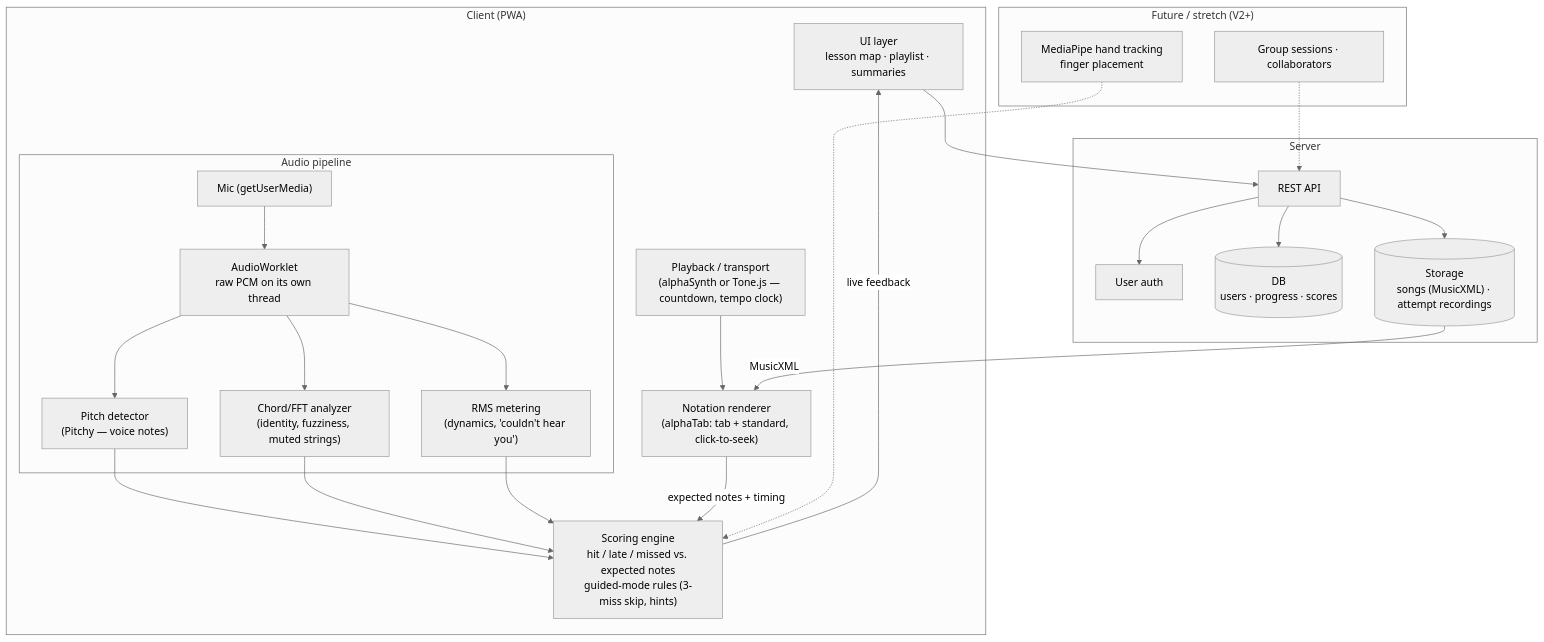
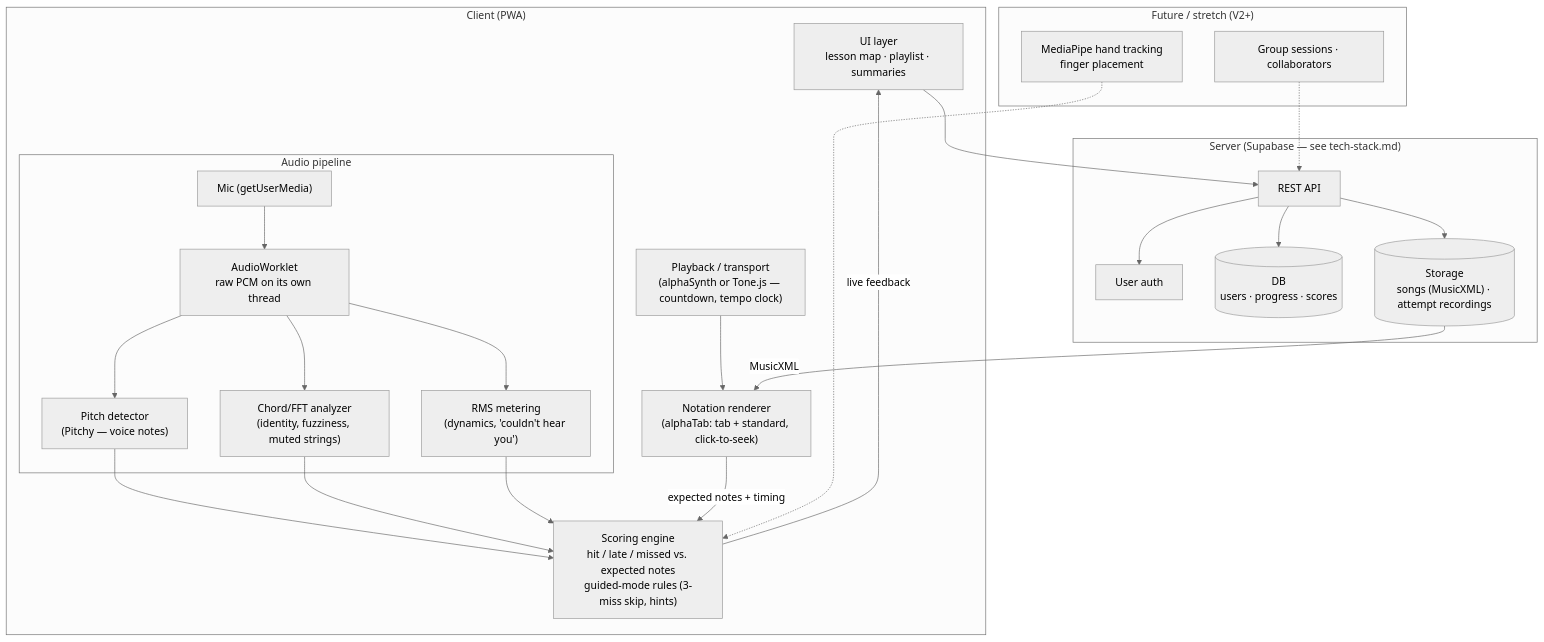
One commit to Harmonic-416/specifications changed the diagram in 3-architecture/rough-architecture.md. Above: the diagram before and after it, drawn with Mermaid (neutral theme). The commit also changed other lines of this file and 5 other files, not shown here.

First line of the commit message:
Merge architecture doc pairs: -2 revisions become canonical

````diff
--- a/3-architecture/rough-architecture.md
+++ b/3-architecture/rough-architecture.md
@@ -6,42 +4,37 @@
 ```mermaid
 flowchart TB
     subgraph Client["Client (PWA)"]
         UI["UI layer<br/>lesson map · playlist · summaries"]
         Notation["Notation renderer<br/>(alphaTab: tab + standard, click-to-seek)"]
         Playback["Playback / transport<br/>(alphaSynth or Tone.js — countdown, tempo clock)"]
-
         subgraph AudioPipe["Audio pipeline"]
             Mic["Mic (getUserMedia)"]
             Worklet["AudioWorklet<br/>raw PCM on its own thread"]
             Pitch["Pitch detector<br/>(Pitchy — voice notes)"]
             Chord["Chord/FFT analyzer<br/>(identity, fuzziness, muted strings)"]
             Volume["RMS metering<br/>(dynamics, 'couldn't hear you')"]
         end
-
         Scoring["Scoring engine<br/>hit / late / missed vs. expected notes<br/>guided-mode rules (3-miss skip, hints)"]
     end
-
-    subgraph Server["Server"]
+    subgraph Server["Server (Supabase — see tech-stack.md)"]
         Auth["User auth"]
         API["REST API"]
         DB[("DB<br/>users · progress · scores")]
         Files[("Storage<br/>songs (MusicXML) · attempt recordings")]
     end
-
     subgraph Future["Future / stretch (V2+)"]
         CV["MediaPipe hand tracking<br/>finger placement"]
         Groups["Group sessions · collaborators"]
     end
-
     Mic --> Worklet
     Worklet --> Pitch & Chord & Volume
     Pitch & Chord & Volume --> Scoring
     Notation -- "expected notes + timing" --> Scoring
     Scoring -- "live feedback" --> UI
     Playback --> Notation
     UI --> API
     API --> Auth & DB & Files
     Files -- "MusicXML" --> Notation
     CV -.-> Scoring
     Groups -.-> API
 ```
````
